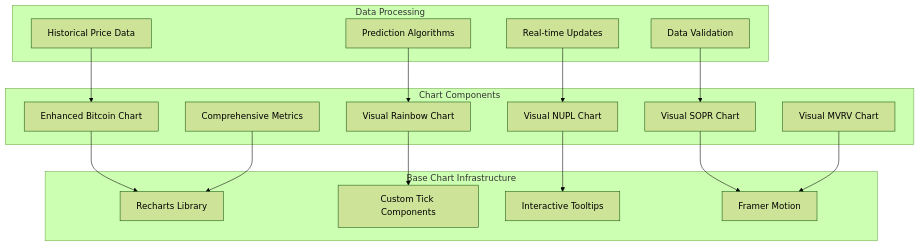
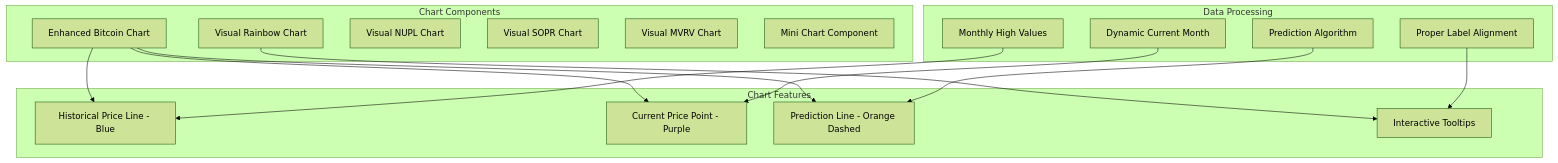
Before and after one commit to oxnr/picotop: the fourth of 10 diagrams in ARCHITECTURE.md, drawn with Mermaid (forest theme). The commit also changed other lines of this file and 34 other files, not shown here.

First line of the commit message:
feat: Complete Picojeet enhanced Bitcoin chart and documentation checkpoint

````diff
--- a/ARCHITECTURE.md
+++ b/ARCHITECTURE.md
@@ -153,37 +123,35 @@
 ```mermaid
 graph TB
     subgraph "Chart Components"
         EnhancedBitcoin[Enhanced Bitcoin Chart]
         Rainbow[Visual Rainbow Chart]
         NUPL[Visual NUPL Chart]
         SOPR[Visual SOPR Chart]
         MVRV[Visual MVRV Chart]
-        Comprehensive[Comprehensive Metrics]
+        MiniChart[Mini Chart Component]
     end
     
-    subgraph "Base Chart Infrastructure"
-        Recharts[Recharts Library]
-        CustomTicks[Custom Tick Components]
-        Tooltips[Interactive Tooltips]
-        Animations[Framer Motion]
+    subgraph "Chart Features"
+        HistoricalLine[Historical Price Line - Blue]
+        CurrentPoint[Current Price Point - Purple]
+        PredictionLine[Prediction Line - Orange Dashed]
+        InteractiveTooltips[Interactive Tooltips]
     end
     
     subgraph "Data Processing"
-        HistoricalData[Historical Price Data]
-        PredictionData[Prediction Algorithms]
-        RealTimeUpdates[Real-time Updates]
-        DataValidation[Data Validation]
+        MonthlyHighs[Monthly High Values]
+        DynamicCurrent[Dynamic Current Month]
+        PredictionAlgorithm[Prediction Algorithm]
+        LabelAlignment[Proper Label Alignment]
     end
     
-    EnhancedBitcoin --> Recharts
-    Rainbow --> CustomTicks
-    NUPL --> Tooltips
-    SOPR --> Animations
-    MVRV --> Animations
-    Comprehensive --> Recharts
+    EnhancedBitcoin --> HistoricalLine
+    EnhancedBitcoin --> CurrentPoint
+    EnhancedBitcoin --> PredictionLine
+    Rainbow --> InteractiveTooltips
     
-    HistoricalData --> EnhancedBitcoin
-    PredictionData --> Rainbow
-    RealTimeUpdates --> NUPL
-    DataValidation --> SOPR
+    MonthlyHighs --> HistoricalLine
+    DynamicCurrent --> CurrentPoint
+    PredictionAlgorithm --> PredictionLine
+    LabelAlignment --> InteractiveTooltips
 ```
````
